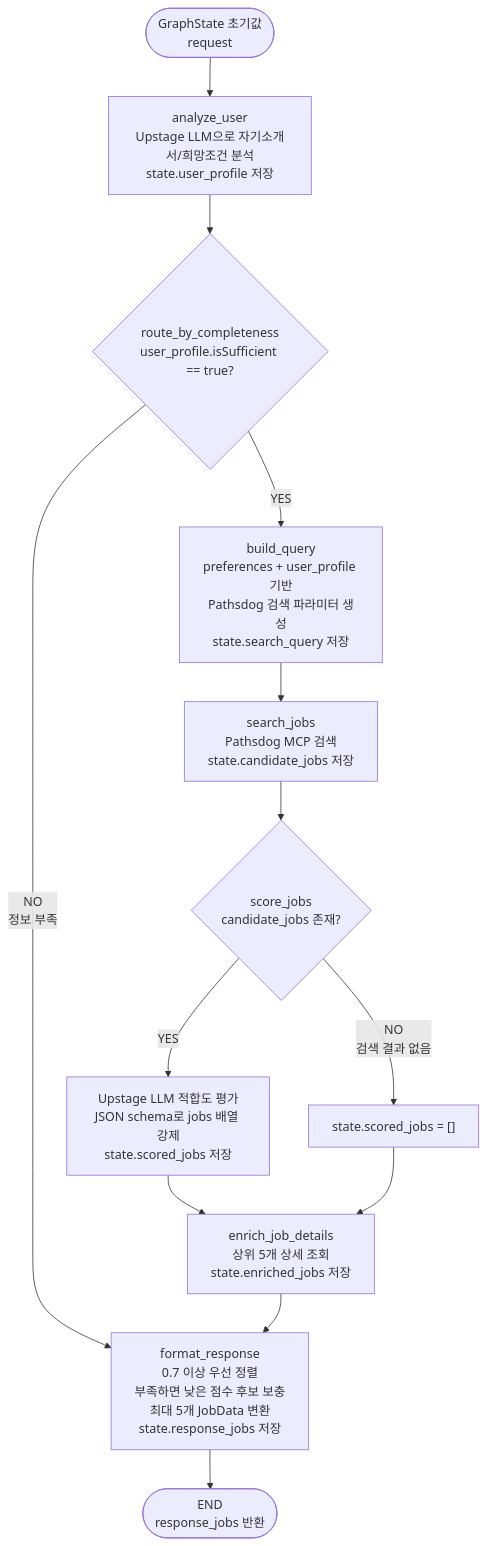
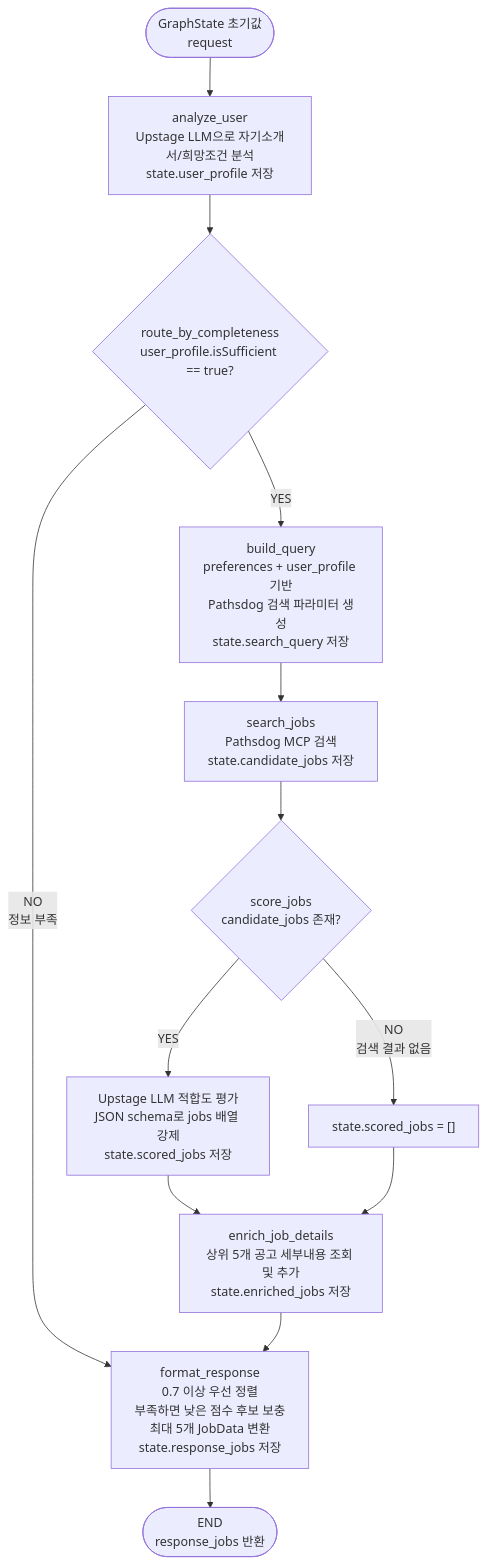
Before and after one commit to msde76/-ai-sw-maestro-ai-study-05: the second of 2 diagrams in ai_server/README.md, drawn with Mermaid. The commit also changed other lines of this file, not shown here.

Commit message:
docs: clarify top job detail enrichment

````diff
--- a/ai_server/README.md
+++ b/ai_server/README.md
@@ -62,27 +62,27 @@
 ```mermaid
 flowchart TD
     Start([GraphState 초기값<br/>request])
     Analyze["analyze_user<br/>Upstage LLM으로 자기소개서/희망조건 분석<br/>state.user_profile 저장"]
     Route{"route_by_completeness<br/>user_profile.isSufficient == true?"}
     Build["build_query<br/>preferences + user_profile 기반<br/>Pathsdog 검색 파라미터 생성<br/>state.search_query 저장"]
     Search["search_jobs<br/>Pathsdog MCP 검색<br/>state.candidate_jobs 저장"]
     Score{"score_jobs<br/>candidate_jobs 존재?"}
     ScoreLLM["Upstage LLM 적합도 평가<br/>JSON schema로 jobs 배열 강제<br/>state.scored_jobs 저장"]
     ScoreEmpty["state.scored_jobs = []"]
-    Enrich["enrich_job_details<br/>상위 5개 상세 조회<br/>state.enriched_jobs 저장"]
+    Enrich["enrich_job_details<br/>상위 5개 공고 세부내용 조회 및 추가<br/>state.enriched_jobs 저장"]
     Format["format_response<br/>0.7 이상 우선 정렬<br/>부족하면 낮은 점수 후보 보충<br/>최대 5개 JobData 변환<br/>state.response_jobs 저장"]
     End([END<br/>response_jobs 반환])
 
     Start --> Analyze
     Analyze --> Route
     Route -->|"YES"| Build
     Route -->|"NO<br/>정보 부족"| Format
     Build --> Search
     Search --> Score
     Score -->|"YES"| ScoreLLM
     Score -->|"NO<br/>검색 결과 없음"| ScoreEmpty
     ScoreLLM --> Enrich
     ScoreEmpty --> Enrich
     Enrich --> Format
     Format --> End
 ```
````
